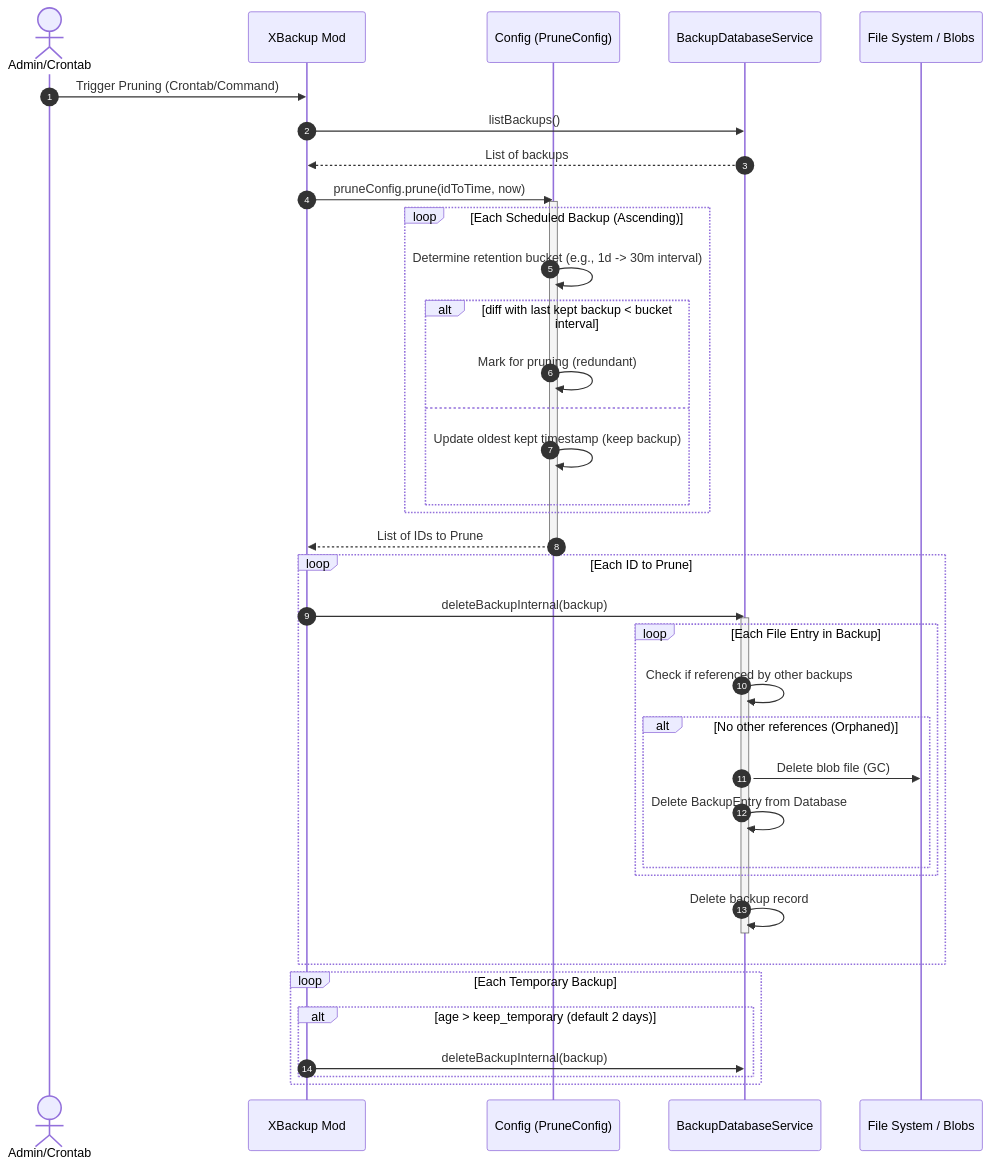
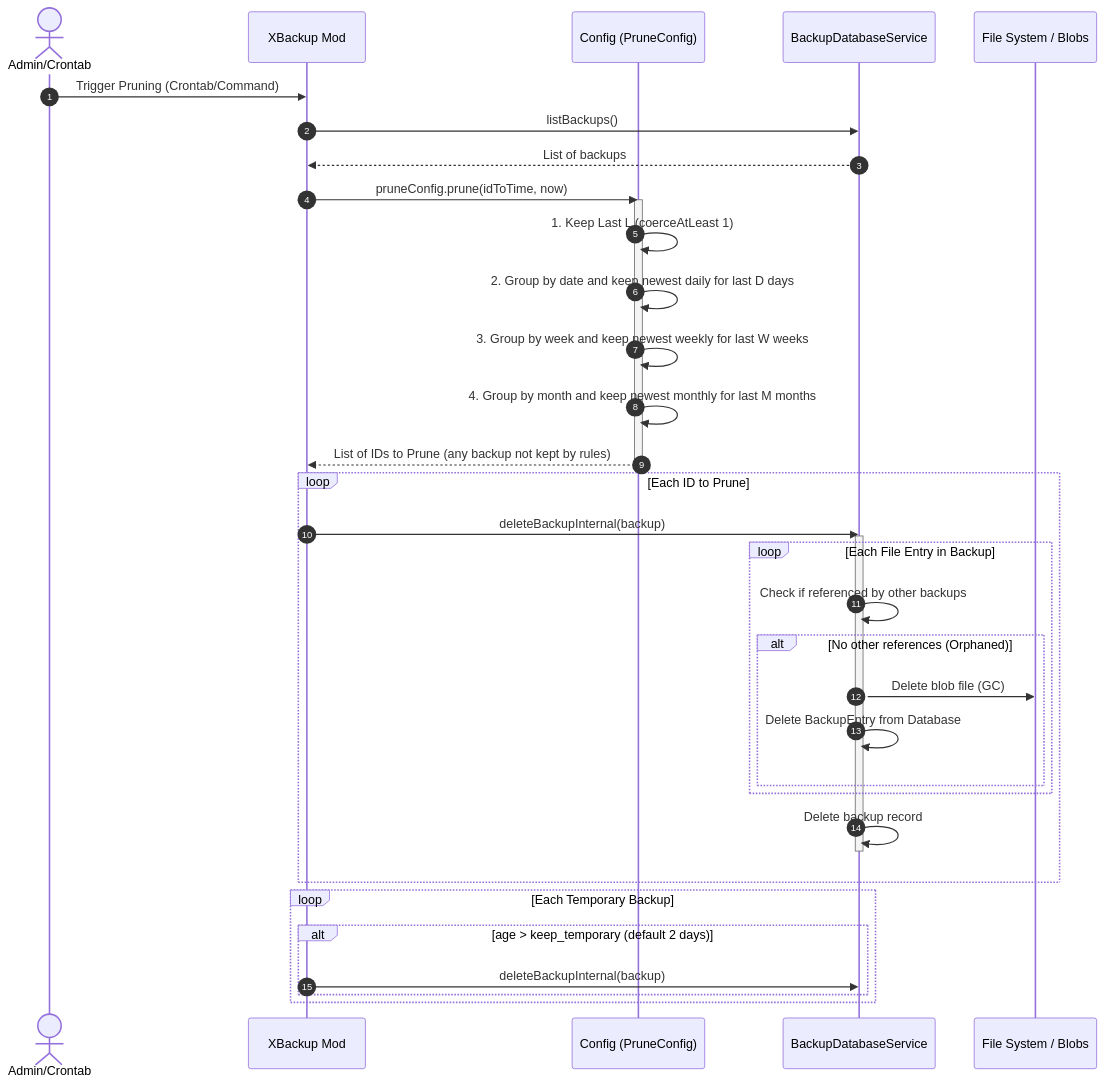
The fourth of 4 diagrams in project_map.md (lnminh1411/x-backup), drawn with Mermaid before and after one commit. The commit also changed other lines of this file and 1 other file, not shown here.

Commit message:
Update README.md and project_map.md documentation for version 1.1.2: credit original mod, drop Chinese translation, document standard GFS retention

````diff
--- a/project_map.md
+++ b/project_map.md
@@ -155,46 +154,42 @@
 ```mermaid
 sequenceDiagram
     autonumber
     actor Admin as Admin/Crontab
     participant Mod as XBackup Mod
     participant Config as Config (PruneConfig)
     participant DB as BackupDatabaseService
     participant Disk as File System / Blobs
 
     Admin->>Mod: Trigger Pruning (Crontab/Command)
     Mod->>DB: listBackups()
     DB-->>Mod: List of backups
     
     Mod->>Config: pruneConfig.prune(idToTime, now)
     activate Config
-    loop Each Scheduled Backup (Ascending)
-        Config->>Config: Determine retention bucket (e.g., 1d -> 30m interval)
-        alt diff with last kept backup < bucket interval
-            Config->>Config: Mark for pruning (redundant)
-        else
-            Config->>Config: Update oldest kept timestamp (keep backup)
-        end
-    end
-    Config-->>Mod: List of IDs to Prune
+    Config->>Config: 1. Keep Last L (coerceAtLeast 1)
+    Config->>Config: 2. Group by date and keep newest daily for last D days
+    Config->>Config: 3. Group by week and keep newest weekly for last W weeks
+    Config->>Config: 4. Group by month and keep newest monthly for last M months
+    Config-->>Mod: List of IDs to Prune (any backup not kept by rules)
     deactivate Config
 
     loop Each ID to Prune
         Mod->>DB: deleteBackupInternal(backup)
         activate DB
         loop Each File Entry in Backup
             DB->>DB: Check if referenced by other backups
             alt No other references (Orphaned)
                 DB->>Disk: Delete blob file (GC)
                 DB->>DB: Delete BackupEntry from Database
             end
         end
         DB->>DB: Delete backup record
         deactivate DB
     end
     
     loop Each Temporary Backup
         alt age > keep_temporary (default 2 days)
             Mod->>DB: deleteBackupInternal(backup)
         end
     end
 ```
````
